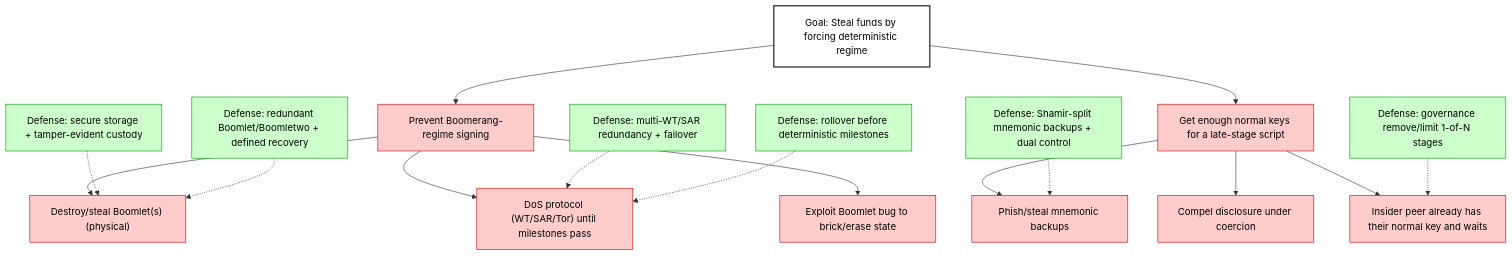
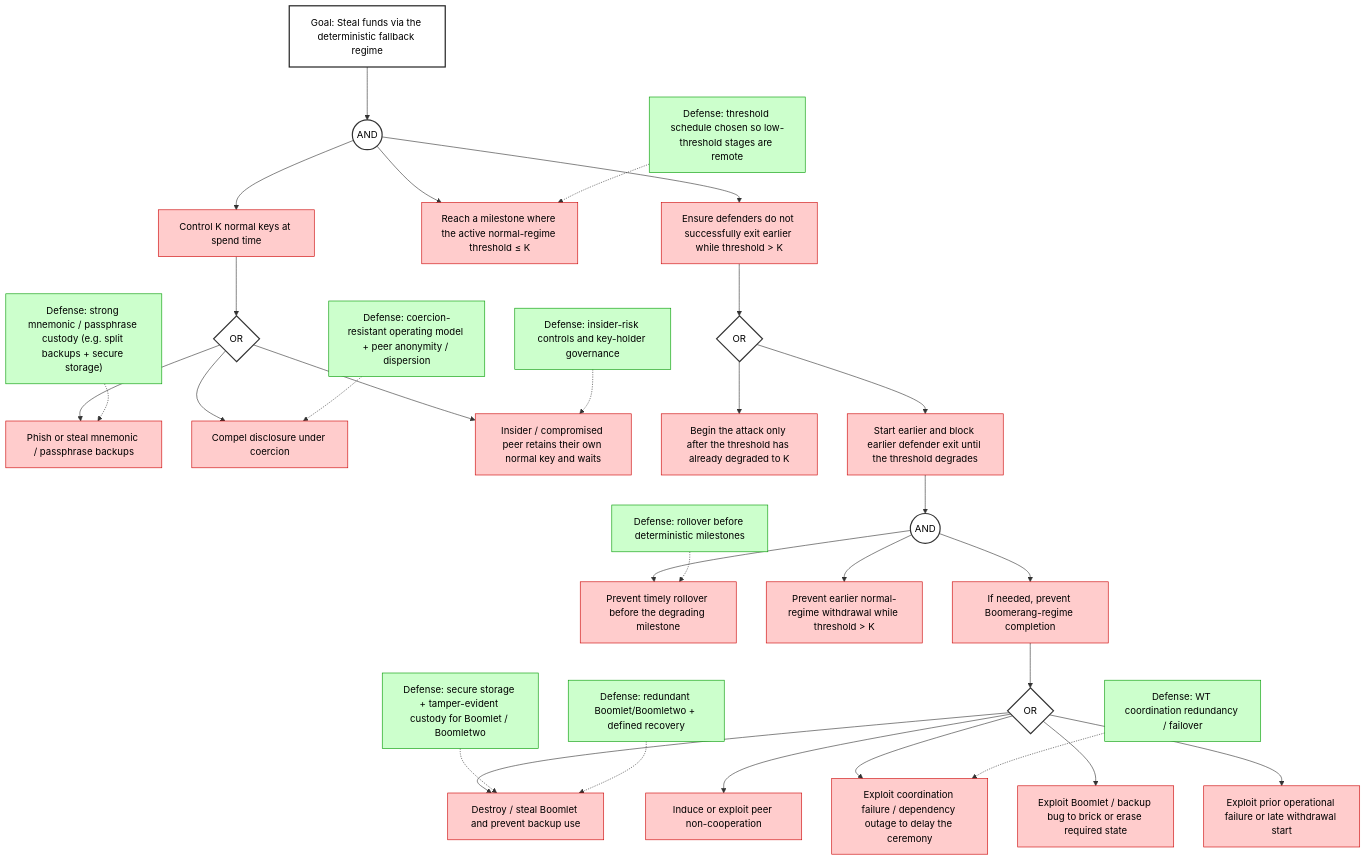
Before and after one commit to bitryonix/boomerang_design: the sixth of 9 diagrams in security_models/README.md, drawn with Mermaid. The commit also changed other lines of this file and 11 other files, not shown here.

````diff
--- a/security_models/README.md
+++ b/security_models/README.md
@@ -1124,29 +1200,59 @@
 ```mermaid
 flowchart TD
-  A["Goal: Steal funds by forcing deterministic regime"] --> B["Prevent Boomerang-regime signing"]
-  A --> C["Get enough normal keys for a late-stage script"]
+  A["Goal: Steal funds via the deterministic fallback regime"] --> AND0((AND))
 
-  B --> B1["Destroy/steal Boomlet(s) (physical)"]
-  B --> B2["DoS protocol (WT/SAR/Tor) until milestones pass"]
-  B --> B3["Exploit Boomlet bug to brick/erase state"]
+  AND0 --> B["Control K normal keys at spend time"]
+  AND0 --> C["Reach a milestone where the active normal-regime threshold ≤ K"]
+  AND0 --> D["Ensure defenders do not successfully exit earlier while threshold > K"]
 
-  C --> C1["Phish/steal mnemonic backups"]
-  C --> C2["Compel disclosure under coercion"]
-  C --> C3["Insider peer already has their normal key and waits"]
+  %% ----------------------------
+  %% 1) Obtain enough normal keys
+  %% ----------------------------
+  B --> OR1{OR}
+  OR1 --> B1["Phish or steal mnemonic / passphrase backups"]
+  OR1 --> B2["Compel disclosure under coercion"]
+  OR1 --> B3["Insider / compromised peer retains their own normal key and waits"]
 
+  %% ----------------------------
+  %% 2) Prevent earlier defender exit
+  %% ----------------------------
+  D --> OR2{OR}
+  OR2 --> D1["Begin the attack only after the threshold has already degraded to K"]
+  OR2 --> D2["Start earlier and block earlier defender exit until the threshold degrades"]
+
+  D2 --> AND1((AND))
+  AND1 --> D2a["Prevent timely rollover before the degrading milestone"]
+  AND1 --> D2b["Prevent earlier normal-regime withdrawal while threshold > K"]
+  AND1 --> D2c["If needed, prevent Boomerang-regime completion"]
+
+  D2c --> OR3{OR}
+  OR3 --> D2c1["Destroy / steal Boomlet and prevent backup use"]
+  OR3 --> D2c2["Induce or exploit peer non-cooperation"]
+  OR3 --> D2c3["Exploit coordination failure / dependency outage to delay the ceremony"]
+  OR3 --> D2c4["Exploit Boomlet / backup bug to brick or erase required state"]
+  OR3 --> D2c5["Exploit prior operational failure or late withdrawal start"]
+
+  %% ----------------------------
   %% Defenses
-  D1["Defense: secure storage + tamper-evident custody"] -.-> B1
-  D2["Defense: redundant Boomlet/Boomletwo + defined recovery"] -.-> B1
-  D3["Defense: multi-WT/SAR redundancy + failover"] -.-> B2
-  D4["Defense: rollover before deterministic milestones"] -.-> B2
-  D5["Defense: Shamir-split mnemonic backups + dual control"] -.-> C1
-  D6["Defense: governance remove/limit 1-of-N stages"] -.-> C3
+  %% ----------------------------
+  E1["Defense: strong mnemonic / passphrase custody (e.g. split backups + secure storage)"] -.-> B1
+  E2["Defense: coercion-resistant operating model + peer anonymity / dispersion"] -.-> B2
+  E3["Defense: insider-risk controls and key-holder governance"] -.-> B3
+  E4["Defense: rollover before deterministic milestones"] -.-> D2a
+  E5["Defense: threshold schedule chosen so low-threshold stages are remote"] -.-> C
+  E6["Defense: secure storage + tamper-evident custody for Boomlet / Boomletwo"] -.-> D2c1
+  E7["Defense: redundant Boomlet/Boomletwo + defined recovery"] -.-> D2c1
+  E8["Defense: WT coordination redundancy / failover"] -.-> D2c3
 
-  %% Styles (requested)
+  %% Styles
   classDef goal fill:#ffffff,stroke:#222,stroke-width:2px,color:#000;
   classDef attack fill:#ffcccc,stroke:#cc0000,color:#000;
   classDef defense fill:#ccffcc,stroke:#009900,color:#000;
+  classDef gate fill:#ffffff,stroke:#333,stroke-width:2px,color:#000;
+
   class A goal;
-  class B,C,B1,B2,B3,C1,C2,C3 attack;
-  class D1,D2,D3,D4,D5,D6 defense;
+  class B,C,D,B1,B2,B3,D1,D2,D2a,D2b,D2c,D2c1,D2c2,D2c3,D2c4,D2c5 attack;
+  class E1,E2,E3,E4,E5,E6,E7,E8 defense;
+  class AND0,AND1,OR1,OR2,OR3 gate;
+
 ```
````
